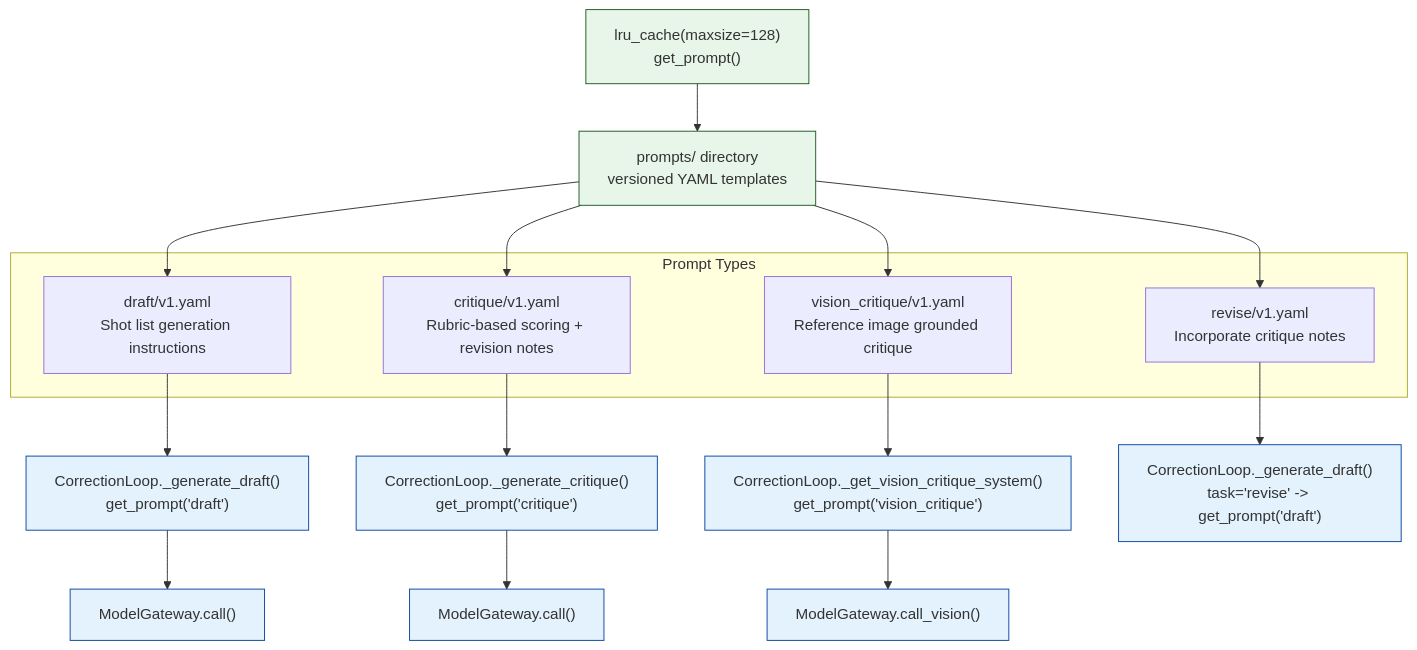
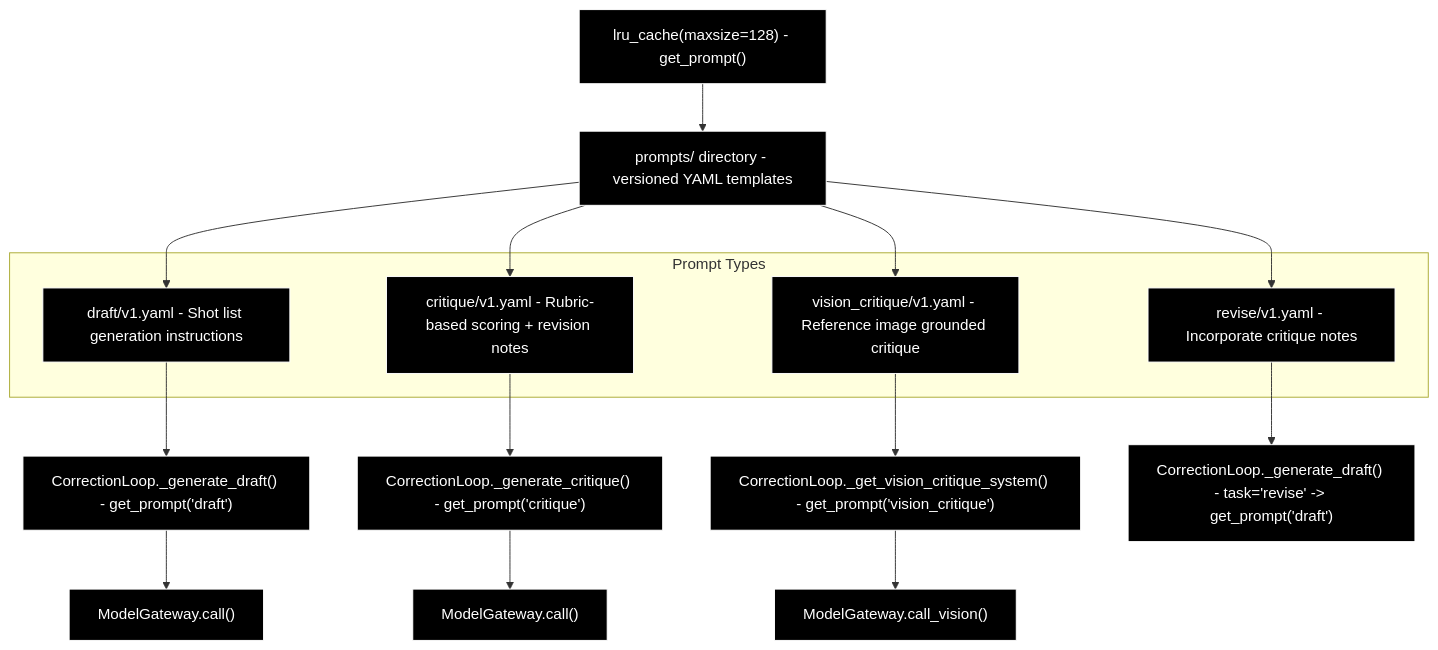
Diagram 15 of 16 in docs/TECHNICAL_DIAGRAMS.md (Hasan26ozcan/Script-Supervisor), drawn with Mermaid before and after one commit. The commit also changed other lines of this file and 1 other file, not shown here.

Commit message:
update technical diagram

````diff
--- a/docs/TECHNICAL_DIAGRAMS.md
+++ b/docs/TECHNICAL_DIAGRAMS.md
@@ -790,32 +751,29 @@
 ```mermaid
 graph TD
-    REGISTRY["prompts/ directory<br/>versioned YAML templates"]
+    REGISTRY["prompts/ directory - versioned YAML templates"]
 
-    subgraph PromptTypes["Prompt Types"]
-        DRAFT["draft/v1.yaml<br/>Shot list generation instructions"]
-        CRITIQUE["critique/v1.yaml<br/>Rubric-based scoring + revision notes"]
-        VISION["vision_critique/v1.yaml<br/>Reference image grounded critique"]
-        REVISE["revise/v1.yaml<br/>Incorporate critique notes"]
+    subgraph "Prompt Types"
+        DRAFT["draft/v1.yaml - Shot list generation instructions"]
+        CRITIQUE["critique/v1.yaml - Rubric-based scoring + revision notes"]
+        VISION["vision_critique/v1.yaml - Reference image grounded critique"]
+        REVISE["revise/v1.yaml - Incorporate critique notes"]
     end
 
     REGISTRY --> DRAFT
     REGISTRY --> CRITIQUE
     REGISTRY --> VISION
     REGISTRY --> REVISE
 
-    DRAFT --> LOOP_DRAFT["CorrectionLoop._generate_draft()<br/>get_prompt('draft')"]
-    CRITIQUE --> LOOP_CRITIQUE["CorrectionLoop._generate_critique()<br/>get_prompt('critique')"]
-    VISION --> LOOP_VISION["CorrectionLoop._get_vision_critique_system()<br/>get_prompt('vision_critique')"]
-    REVISE --> LOOP_REVISE["CorrectionLoop._generate_draft()<br/>task='revise' -> get_prompt('draft')"]
+    DRAFT --> LOOP_DRAFT["CorrectionLoop._generate_draft() - get_prompt('draft')"]
+    CRITIQUE --> LOOP_CRITIQUE["CorrectionLoop._generate_critique() - get_prompt('critique')"]
+    VISION --> LOOP_VISION["CorrectionLoop._get_vision_critique_system() - get_prompt('vision_critique')"]
+    REVISE --> LOOP_REVISE["CorrectionLoop._generate_draft() - task='revise' -> get_prompt('draft')"]
 
-    CACHE["lru_cache(maxsize=128)<br/>get_prompt()"] --> REGISTRY
+    CACHE["lru_cache(maxsize=128) - get_prompt()"] --> REGISTRY
 
     LOOP_DRAFT --> GW_CALL["ModelGateway.call()"]
     LOOP_CRITIQUE --> GW_CALL_V["ModelGateway.call()"]
     LOOP_VISION --> GW_CALL_IMG["ModelGateway.call_vision()"]
 
-    classDef registry fill:#e8f5e9,stroke:#1b5e20;
-    classDef caller fill:#e3f2fd,stroke:#0d47a1;
-    class REGISTRY,CACHE registry;
-    class LOOP_DRAFT,LOOP_CRITIQUE,LOOP_VISION,LOOP_REVISE,GW_CALL,GW_CALL_V,GW_CALL_IMG caller;
+    classDef default fill:#000000,stroke:#ffffff,stroke-width:1px,color:#ffffff
 ```
````
